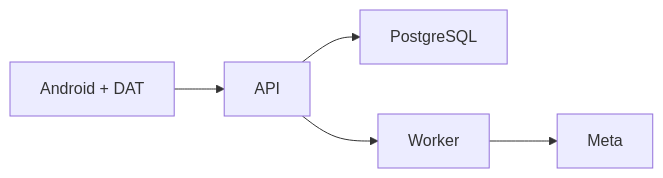
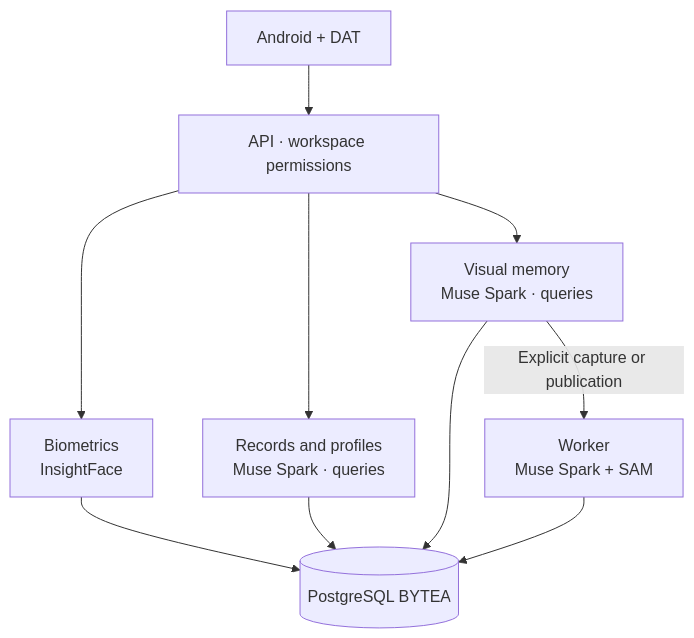
The diagram in docs/ARCHITECTURE.md (Luxisoft/realityos-spatial-memory), drawn with Mermaid before and after one commit. The commit also changed other lines of this file and 5 other files, not shown here.

Commit message:
docs: show AI roles across biometrics records and visual memory

````diff
--- a/docs/ARCHITECTURE.md
+++ b/docs/ARCHITECTURE.md
@@ -18,6 +19,12 @@
 ```mermaid
-flowchart LR
-    N0["Android + DAT"] --> N1["API"] --> N2["PostgreSQL"]
-    N1["API"] --> N3["Worker"]
-    N3["Worker"] --> N4["Meta"]
+flowchart TB
+    A["Android + DAT"] --> B["API · workspace permissions"]
+    B --> C["Biometrics<br/>InsightFace"]
+    B --> D["Records and profiles<br/>Muse Spark · queries"]
+    B --> E["Visual memory<br/>Muse Spark · queries"]
+    C --> F[(PostgreSQL BYTEA)]
+    D --> F
+    E --> F
+    E -->|Explicit capture or publication| G["Worker<br/>Muse Spark + SAM"]
+    G --> F
 ```
````
